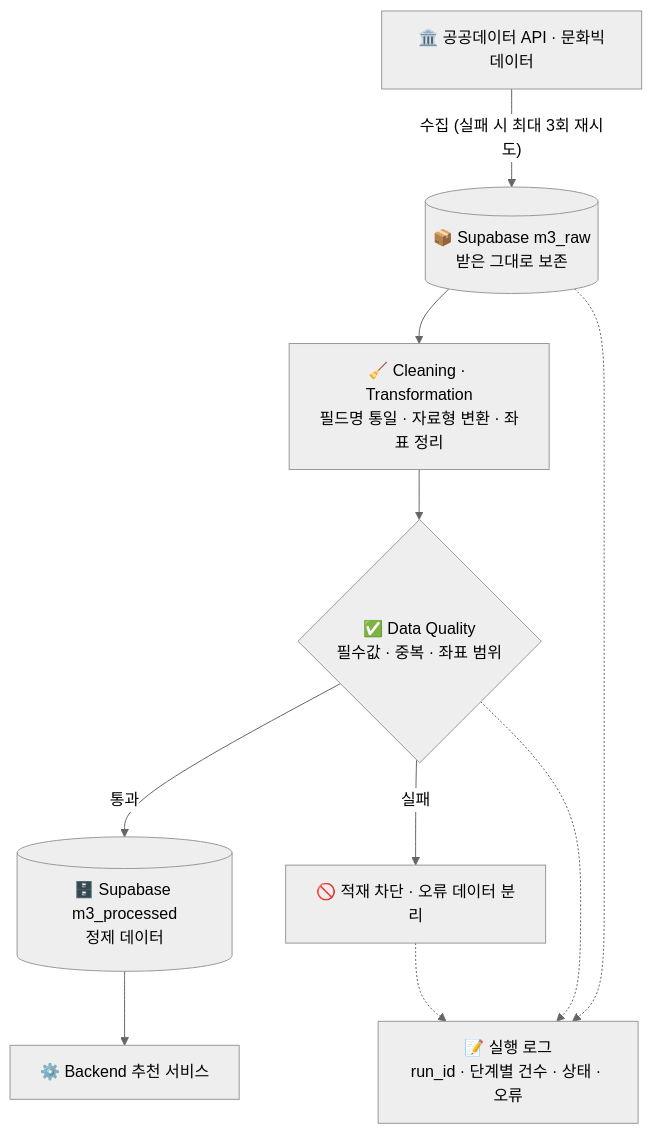
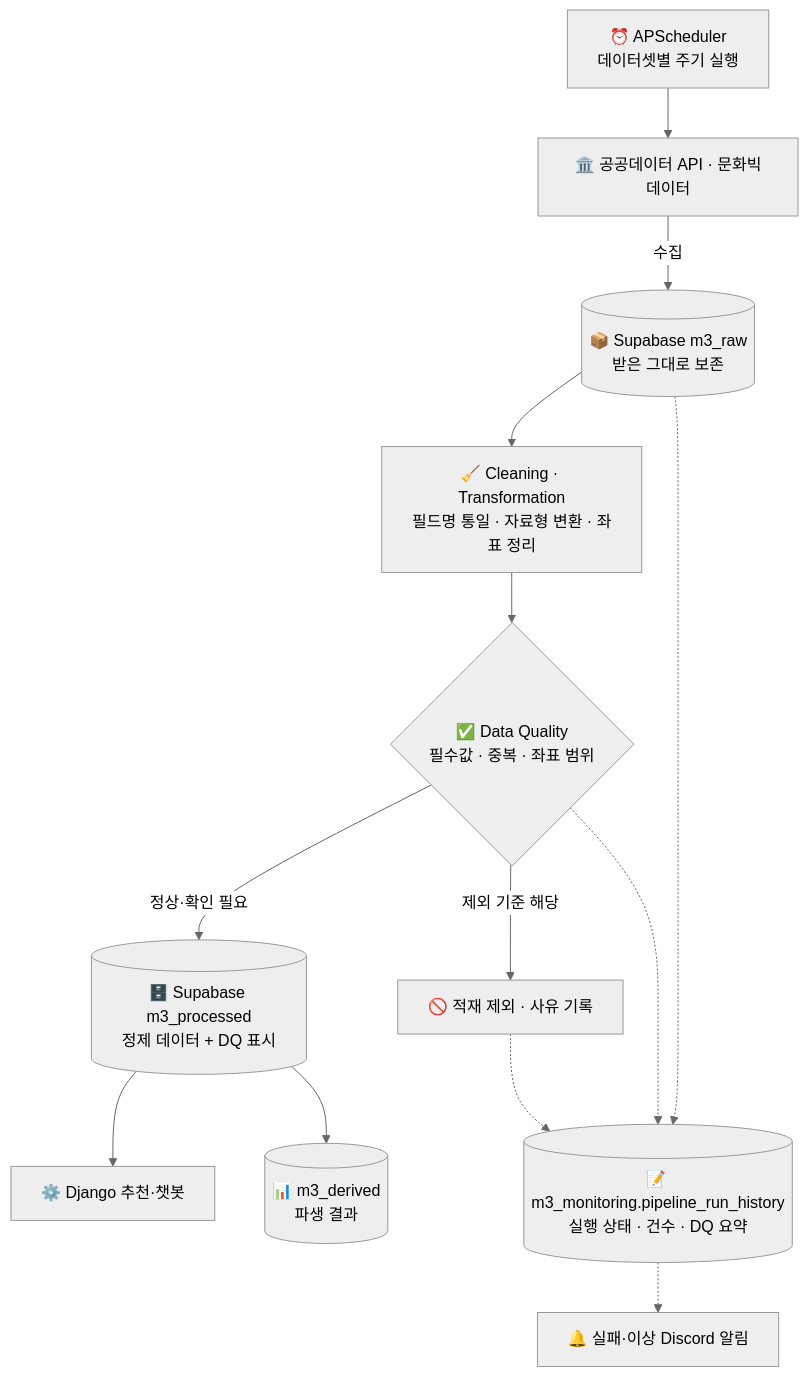
Before and after one commit to encore-ai-campus/mlo-02-p1-team3: the seventh of 16 diagrams in README.md, drawn with Mermaid (neutral theme). The commit also changed other lines of this file and 42 other files, not shown here.

````diff
--- a/README.md
+++ b/README.md
@@ -514,12 +523,15 @@
 ```mermaid
 flowchart TD
-    A["🏛️ 공공데이터 API · 문화빅데이터"] -->|"수집 (실패 시 최대 3회 재시도)"| B[("📦 Supabase m3_raw<br/>받은 그대로 보존")]
+    P["⏰ APScheduler<br/>데이터셋별 주기 실행"] --> A
+    A["🏛️ 공공데이터 API · 문화빅데이터"] -->|"수집"| B[("📦 Supabase m3_raw<br/>받은 그대로 보존")]
     B --> C["🧹 Cleaning · Transformation<br/>필드명 통일 · 자료형 변환 · 좌표 정리"]
     C --> D{"✅ Data Quality<br/>필수값 · 중복 · 좌표 범위"}
-    D -->|"통과"| E[("🗄️ Supabase m3_processed<br/>정제 데이터")]
-    D -->|"실패"| F["🚫 적재 차단 · 오류 데이터 분리"]
-    E --> G["⚙️ Backend 추천 서비스"]
-    B -.-> L["📝 실행 로그<br/>run_id · 단계별 건수 · 상태 · 오류"]
+    D -->|"정상·확인 필요"| E[("🗄️ Supabase m3_processed<br/>정제 데이터 + DQ 표시")]
+    D -->|"제외 기준 해당"| F["🚫 적재 제외 · 사유 기록"]
+    E --> G["⚙️ Django 추천·챗봇"]
+    E --> H[("📊 m3_derived<br/>파생 결과")]
+    B -.-> L[("📝 m3_monitoring.pipeline_run_history<br/>실행 상태 · 건수 · DQ 요약")]
     D -.-> L
     F -.-> L
+    L -.-> N["🔔 실패·이상 Discord 알림"]
 ```
````
